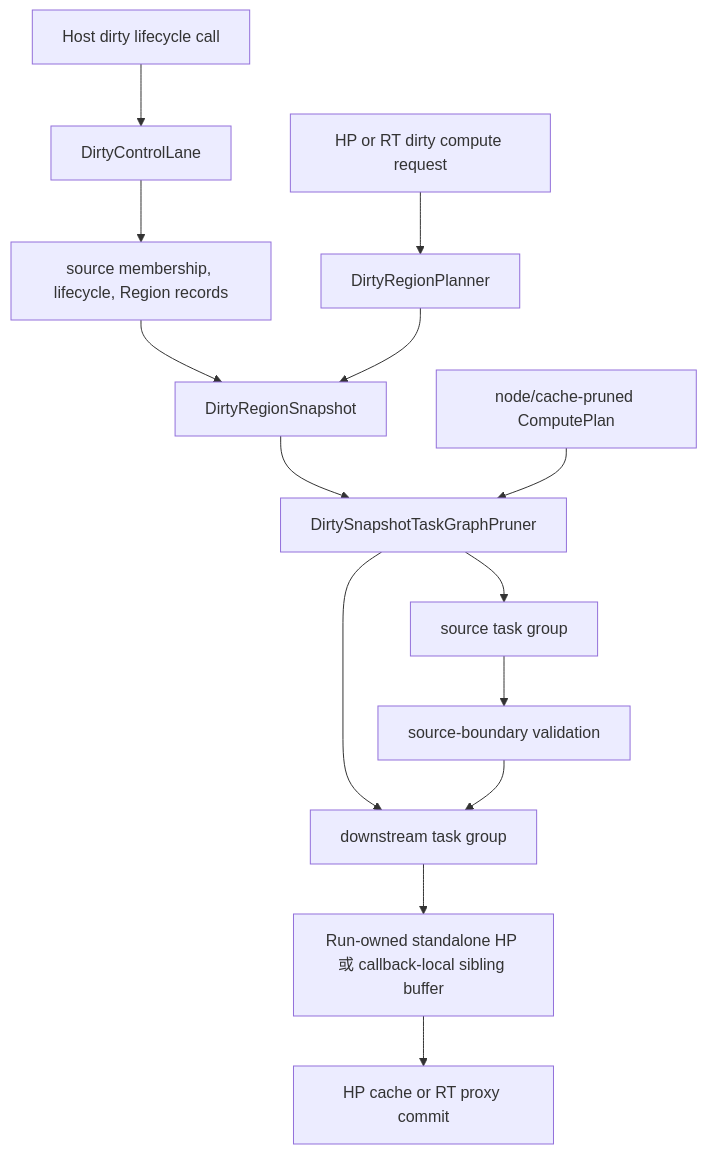
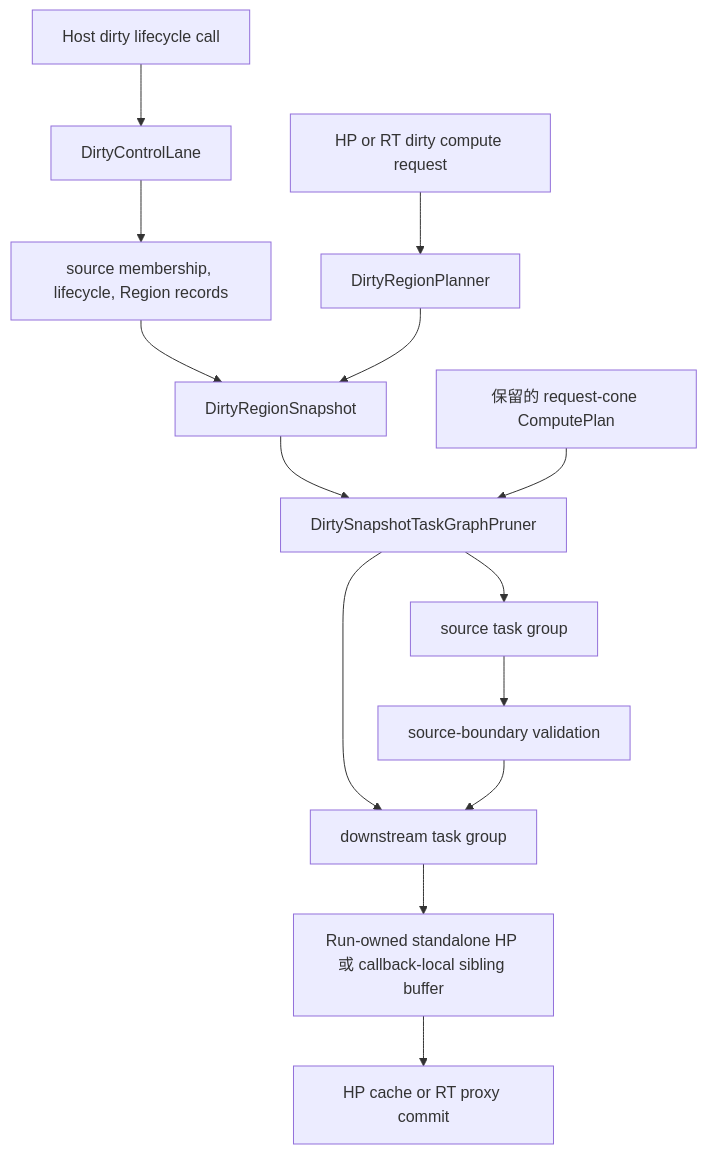
Before and after one commit to kevin-zf1123/photospider: the diagram in docs/kernel-architecture/zh/Dirty-Region-Propagation.zh.md, drawn with Mermaid. The commit also changed other lines of this file and 9 other files, not shown here.

````diff
--- a/docs/kernel-architecture/zh/Dirty-Region-Propagation.zh.md
+++ b/docs/kernel-architecture/zh/Dirty-Region-Propagation.zh.md
@@ -45,17 +45,17 @@
 ```mermaid
 flowchart TD
   EVENT["Host dirty lifecycle call"] --> LANE["DirtyControlLane"]
   LANE --> FACTS["source membership, lifecycle, Region records"]
   FACTS --> SNAPSHOT["DirtyRegionSnapshot"]
 
   REQUEST["HP or RT dirty compute request"] --> PLAN["DirtyRegionPlanner"]
   PLAN --> SNAPSHOT
   SNAPSHOT --> SELECT["DirtySnapshotTaskGraphPruner"]
-  STATIC["node/cache-pruned ComputePlan"] --> SELECT
+  STATIC["保留的 request-cone ComputePlan"] --> SELECT
   SELECT --> SOURCE["source task group"]
   SELECT --> DOWNSTREAM["downstream task group"]
   SOURCE --> VALIDATE["source-boundary validation"]
   VALIDATE --> DOWNSTREAM
   DOWNSTREAM --> STAGE["Run-owned standalone HP 或 callback-local sibling buffer"]
   STAGE --> COMMIT["HP cache or RT proxy commit"]
 ```
````
